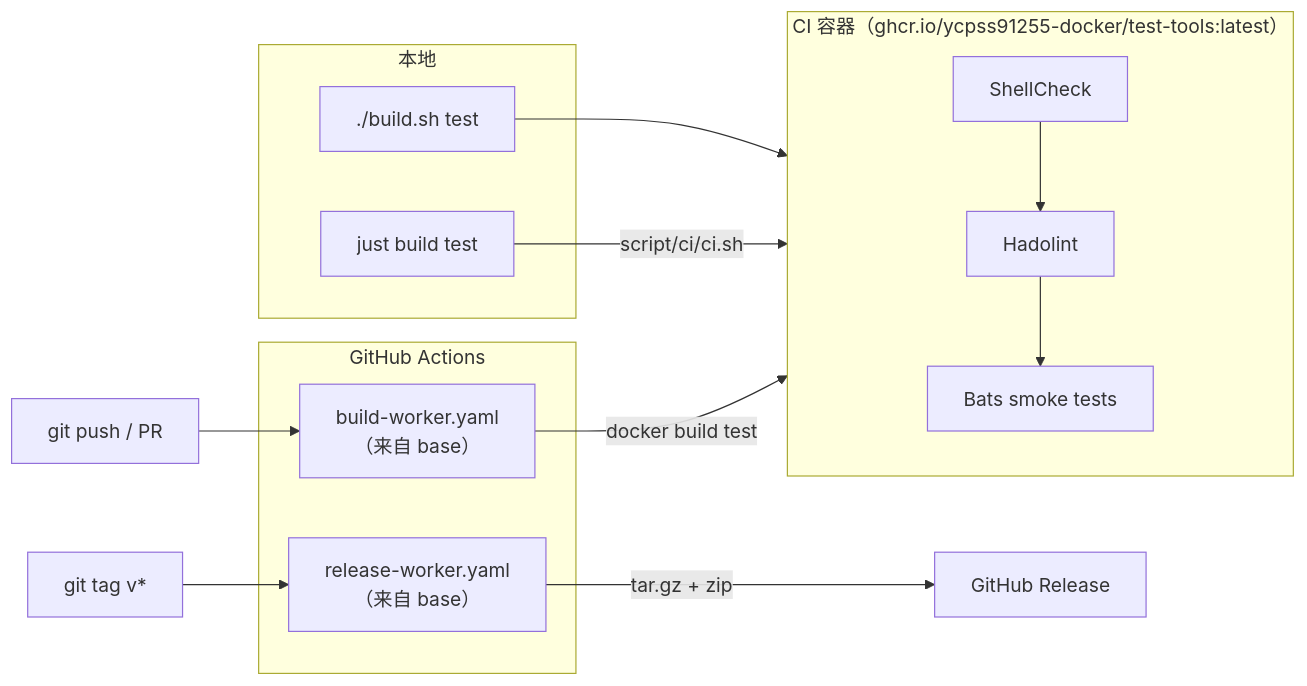
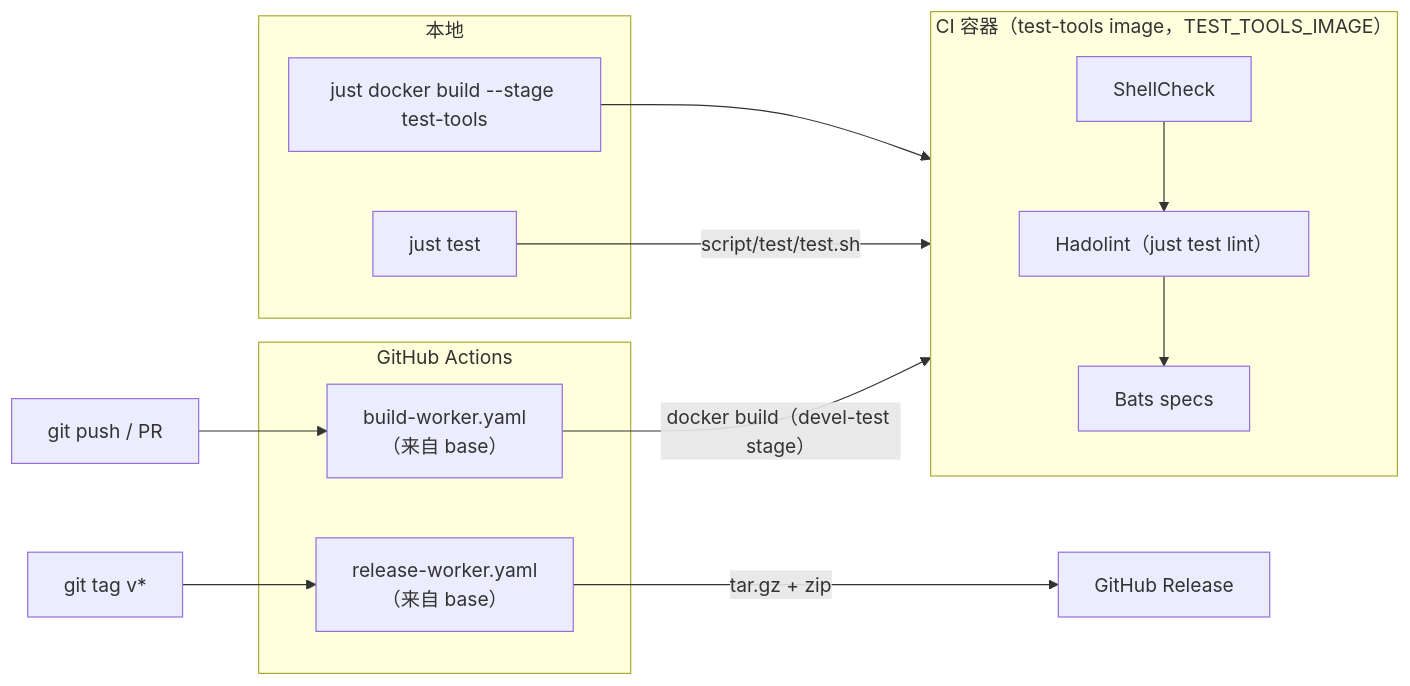
Before and after one commit to ycpss91255-docker/isaac: the second of 2 diagrams in .base/doc/readme/README.zh-CN.md, drawn with Mermaid. The commit also changed other lines of this file and 411 other files, not shown here.

````diff
--- a/.base/doc/readme/README.zh-CN.md
+++ b/.base/doc/readme/README.zh-CN.md
@@ -81,27 +110,27 @@
 ```mermaid
 flowchart LR
     subgraph local["本地"]
-        build_test["./build.sh test"]
-        make_test["just build test"]
+        just_test["just test"]
+        just_build["just docker build --stage test-tools"]
     end
 
-    subgraph ci_container["CI 容器（ghcr.io/ycpss91255-docker/test-tools:latest）"]
+    subgraph ci_container["CI 容器（test-tools image，TEST_TOOLS_IMAGE）"]
         shellcheck["ShellCheck"]
-        hadolint["Hadolint"]
-        bats["Bats smoke tests"]
+        hadolint["Hadolint（just test lint）"]
+        bats["Bats specs"]
     end
 
     subgraph github["GitHub Actions"]
         build_worker["build-worker.yaml<br/>（来自 base）"]
         release_worker["release-worker.yaml<br/>（来自 base）"]
     end
 
-    build_test --> ci_container
-    make_test -->|"script/ci/ci.sh"| ci_container
+    just_build --> ci_container
+    just_test -->|"script/test/test.sh"| ci_container
     shellcheck --> hadolint --> bats
 
     push["git push / PR"] --> build_worker
-    build_worker -->|"docker build test"| ci_container
+    build_worker -->|"docker build（devel-test stage）"| ci_container
     tag["git tag v*"] --> release_worker
     release_worker -->|"tar.gz + zip"| release["GitHub Release"]
 ```
````
